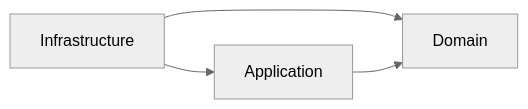
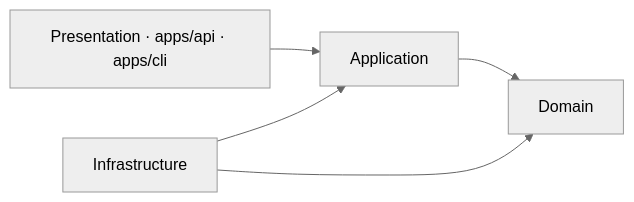
Before and after one commit to selivanov-tech/symfony-ddd-demo: the first of 2 diagrams in README.md, drawn with Mermaid (neutral theme). The commit also changed other lines of this file and 165 other files, not shown here.

````diff
--- a/README.md
+++ b/README.md
@@ -28,6 +38,7 @@
 ```mermaid
 flowchart LR
-    Infra[Infrastructure] --> App[Application]
+    Pres[Presentation · apps/api · apps/cli] --> App[Application]
+    Infra[Infrastructure] --> App
     Infra --> Domain[Domain]
     App --> Domain
 ```
````
